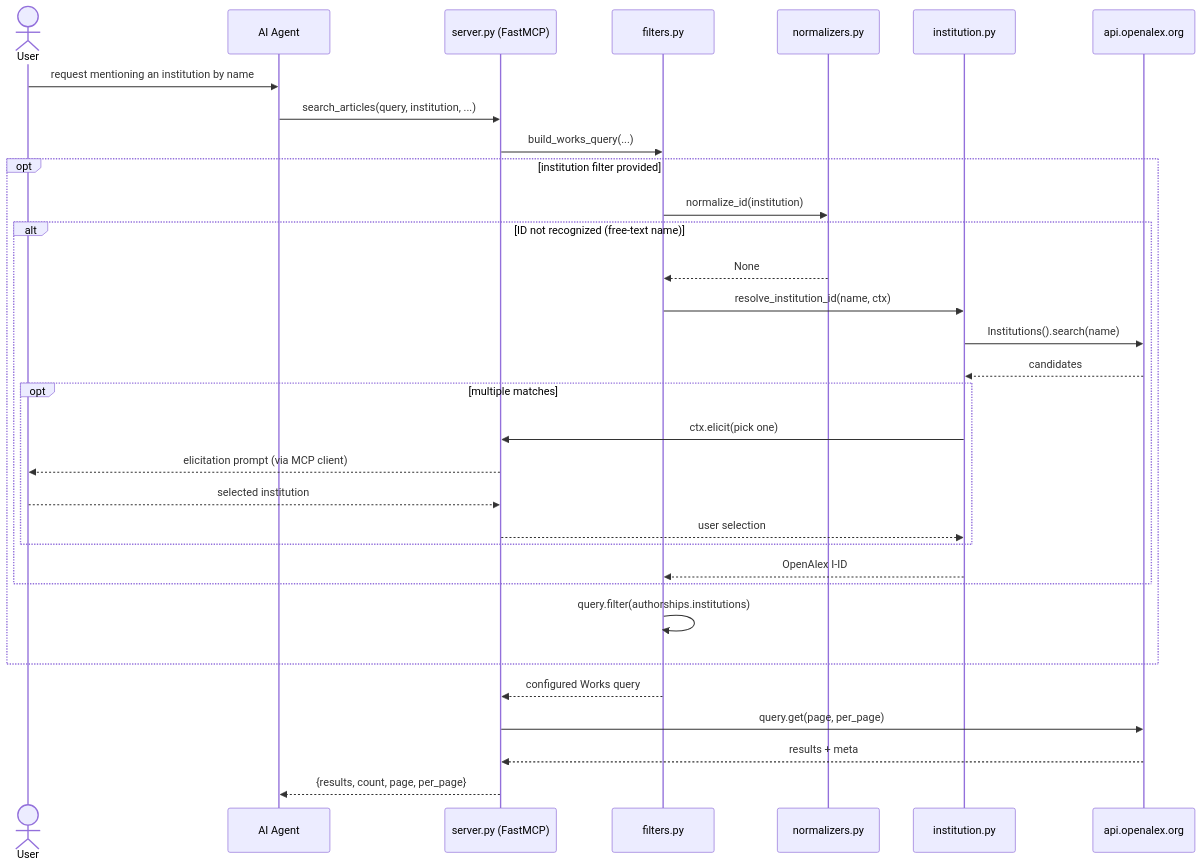
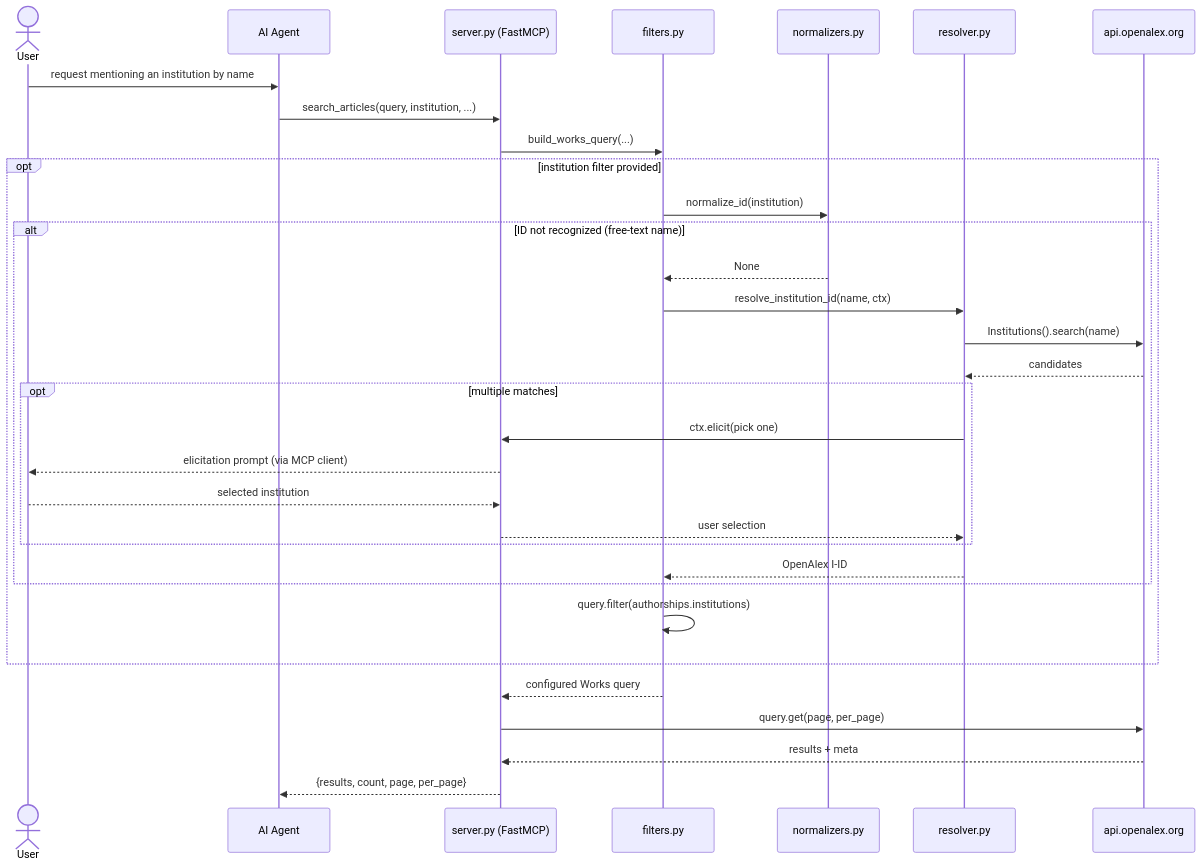
The third of 4 diagrams in ARCHITECTURE.md (ELumya/openalex-mcp), drawn with Mermaid before and after one commit. The commit also changed other lines of this file, not shown here.

Commit message:
docs: update architecture

````diff
--- a/ARCHITECTURE.md
+++ b/ARCHITECTURE.md
@@ -71,37 +65,37 @@
 ```mermaid
 sequenceDiagram
     actor User as User
     participant Agent as AI Agent
     participant MCP as server.py (FastMCP)
     participant Filters as filters.py
     participant Norm as normalizers.py
-    participant Inst as institution.py
+    participant Res as resolver.py
     participant OA as api.openalex.org
 
     User->>Agent: request mentioning an institution by name
     Agent->>MCP: search_articles(query, institution, ...)
     MCP->>Filters: build_works_query(...)
 
     opt institution filter provided
         Filters->>Norm: normalize_id(institution)
         alt ID not recognized (free-text name)
             Norm-->>Filters: None
-            Filters->>Inst: resolve_institution_id(name, ctx)
-            Inst->>OA: Institutions().search(name)
-            OA-->>Inst: candidates
+            Filters->>Res: resolve_institution_id(name, ctx)
+            Res->>OA: Institutions().search(name)
+            OA-->>Res: candidates
             opt multiple matches
-                Inst->>MCP: ctx.elicit(pick one)
+                Res->>MCP: ctx.elicit(pick one)
                 MCP-->>User: elicitation prompt (via MCP client)
                 User-->>MCP: selected institution
-                MCP-->>Inst: user selection
+                MCP-->>Res: user selection
             end
-            Inst-->>Filters: OpenAlex I-ID
+            Res-->>Filters: OpenAlex I-ID
         end
         Filters->>Filters: query.filter(authorships.institutions)
     end
 
     Filters-->>MCP: configured Works query
     MCP->>OA: query.get(page, per_page)
     OA-->>MCP: results + meta
     MCP-->>Agent: {results, count, page, per_page}
 ```
````
